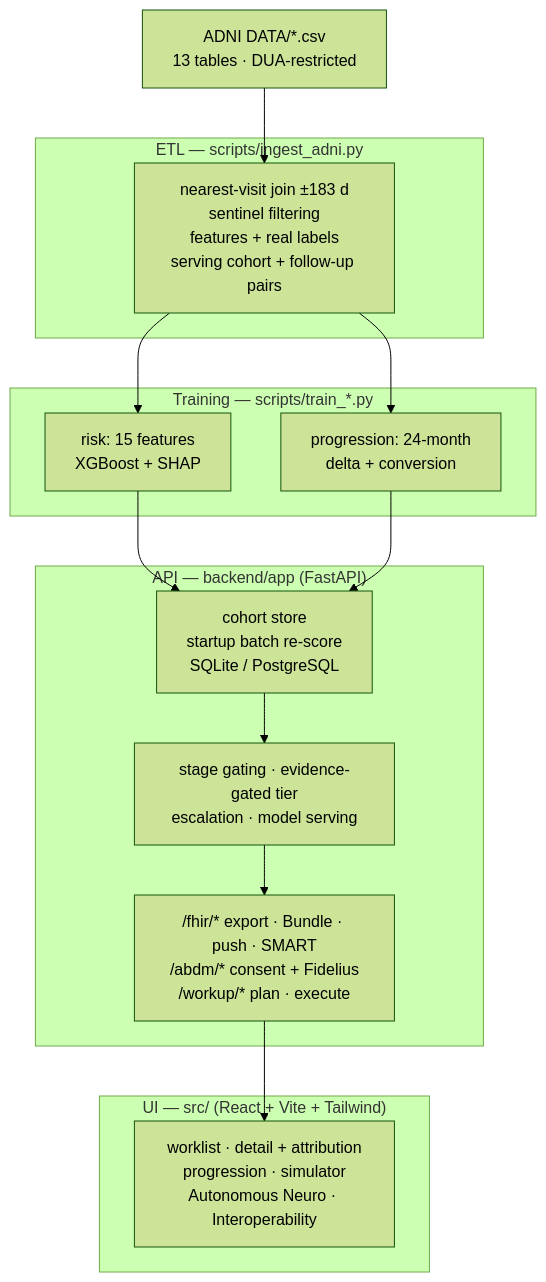
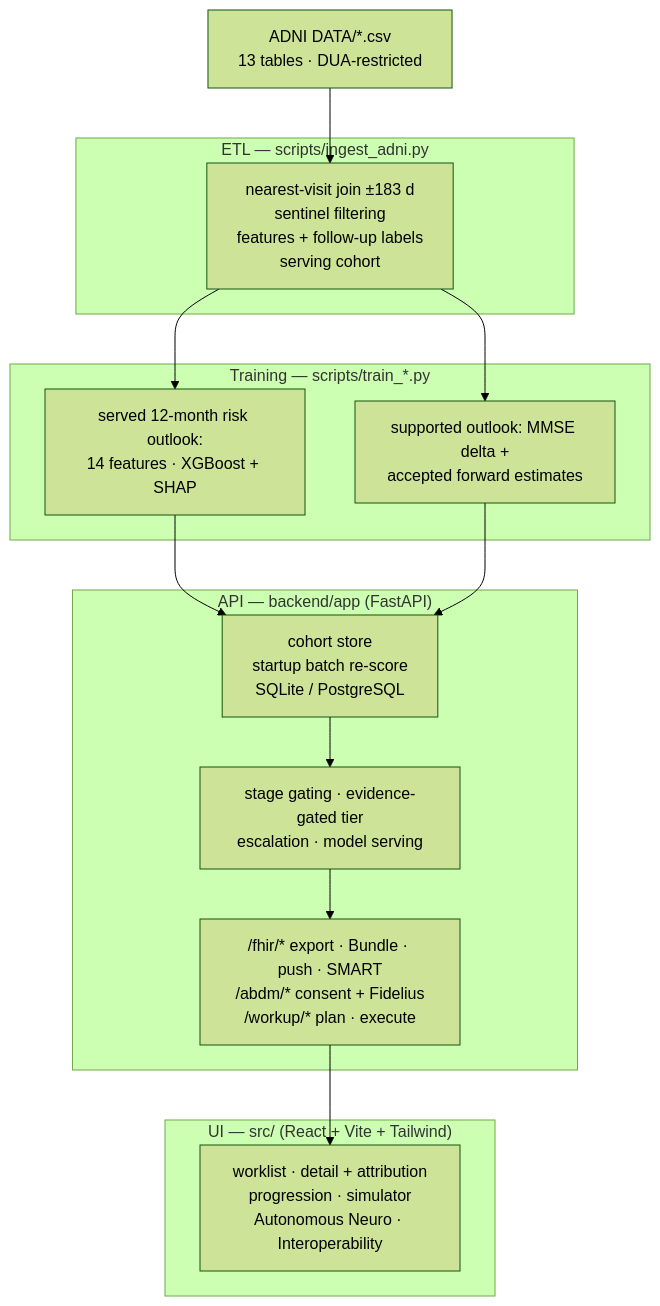
The second of 2 diagrams in README.md (ShashwaTTrigunayaT/Neuropilot), drawn with Mermaid (forest theme) before and after one commit. The commit also changed other lines of this file and 3 other files, not shown here.

````diff
--- a/README.md
+++ b/README.md
@@ -195,32 +199,32 @@
 ```mermaid
 flowchart TB
     ADNI["ADNI DATA/*.csv<br/>13 tables · DUA-restricted"]
 
     subgraph ETL["ETL — scripts/ingest_adni.py"]
-        JOIN["nearest-visit join ±183 d<br/>sentinel filtering<br/>features + real labels<br/>serving cohort + follow-up pairs"]
+        JOIN["nearest-visit join ±183 d<br/>sentinel filtering<br/>features + follow-up labels<br/>serving cohort"]
     end
 
     subgraph TRAIN["Training — scripts/train_*.py"]
-        RISK["risk: 15 features<br/>XGBoost + SHAP"]
-        PROG["progression: 24-month<br/>delta + conversion"]
+        CONV["served 12-month risk outlook:<br/>14 features · XGBoost + SHAP"]
+        PROG["supported outlook: MMSE delta +<br/>accepted forward estimates"]
     end
 
     subgraph APIG["API — backend/app (FastAPI)"]
         STORE["cohort store<br/>startup batch re-score<br/>SQLite / PostgreSQL"]
         RULES["stage gating · evidence-gated tier<br/>escalation · model serving"]
         IO["/fhir/* export · Bundle · push · SMART<br/>/abdm/* consent + Fidelius<br/>/workup/* plan · execute"]
     end
 
     subgraph UIG["UI — src/ (React + Vite + Tailwind)"]
         VIEWS["worklist · detail + attribution<br/>progression · simulator<br/>Autonomous Neuro · Interoperability"]
     end
 
     ADNI --> JOIN
-    JOIN --> RISK
+    JOIN --> CONV
     JOIN --> PROG
-    RISK --> STORE
+    CONV --> STORE
     PROG --> STORE
     STORE --> RULES
     RULES --> IO
     IO --> VIEWS
 ```
````
